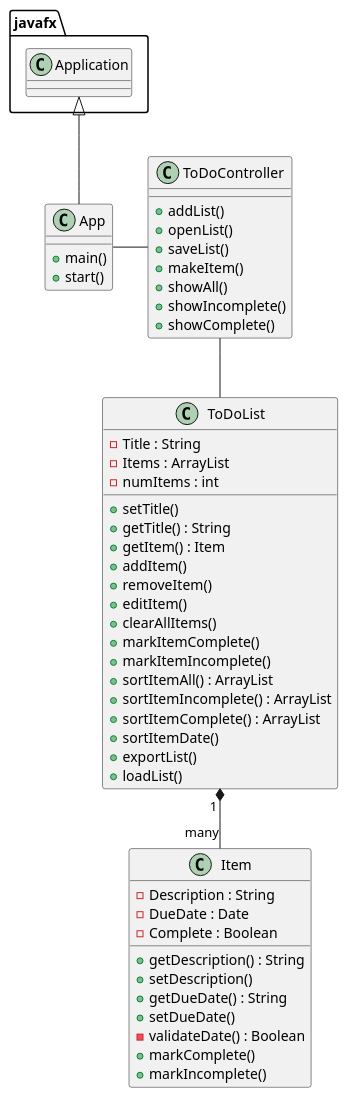
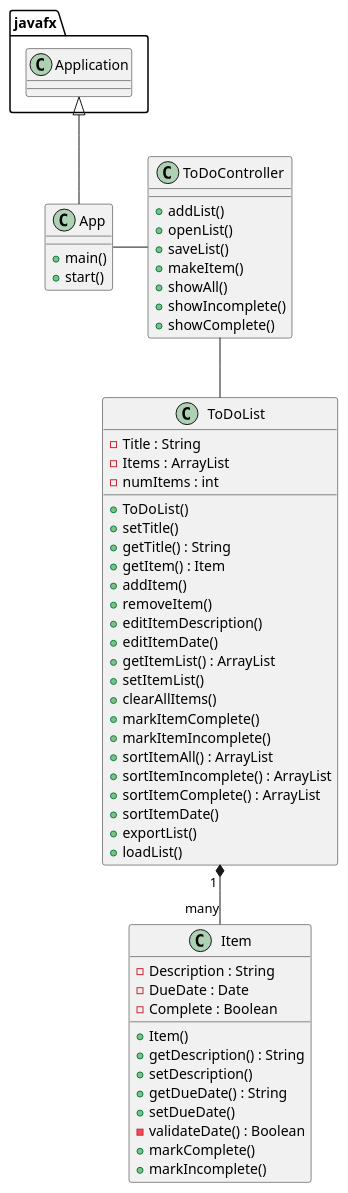
The diagram in uml/ToDoUML.puml (kieran-l-jimenez/jimenez-cop3330-assignment4part2), drawn with PlantUML before and after one commit. The commit also changed 7 other files, not shown here.

```diff
--- a/uml/ToDoUML.puml
+++ b/uml/ToDoUML.puml
@@ -1,72 +1,79 @@
 @startuml
 
 class App {
     + main()
     + start()
 }
 
 class ToDoController {
 + addList()
 + openList()
 + saveList()
 + makeItem()
 + showAll()
 + showIncomplete()
 + showComplete()
 }
+
 'Req 1
 class ToDoList {
 - Title : String
 - Items : ArrayList
 - numItems : int
 
-+setTitle()
-+getTitle() : String
-+getItem() : Item
-+addItem()
++ ToDoList()
++ setTitle()
++ getTitle() : String
++ getItem() : Item
++ addItem()
 'Req 4
-+removeItem()
++ removeItem()
 'Req 5
-+editItem()
-'Req 7, Req 8
-+clearAllItems()
++ editItemDescription()
+'Req 7
++ editItemDate()
+'Req 8
++ getItemList() : ArrayList
++ setItemList()
++ clearAllItems()
 'Req 6
-+markItemComplete()
-+markItemIncomplete()
++ markItemComplete()
++ markItemIncomplete()
 'Req 9
-+sortItemAll() : ArrayList
++ sortItemAll() : ArrayList
 'Req 10
-+sortItemIncomplete() : ArrayList
++ sortItemIncomplete() : ArrayList
 'Req 11
-+sortItemComplete() : ArrayList
++ sortItemComplete() : ArrayList
 'Req 12
-+sortItemDate()
-+exportList()
++ sortItemDate()
++ exportList()
 'Req 13
-+loadList()
++ loadList()
 'Req 14
 }
 
 class Item {
 - Description : String
 'Req 2
 - DueDate : Date
 'Req 3
 'Format: YYYY-MM-DD
 - Complete : Boolean
 
++ Item()
 + getDescription() : String
 + setDescription()
 + getDueDate() : String
 + setDueDate()
 - validateDate() : Boolean
 'Req 3.1: see if 1)DD doesn't go past max for the month, 2)positive numbers
 + markComplete()
 + markIncomplete()
 }
 
 ToDoList "1 " *-- "many" Item
 App - ToDoController
 ToDoController -- ToDoList
 javafx.Application <|-- App
 @enduml
```
